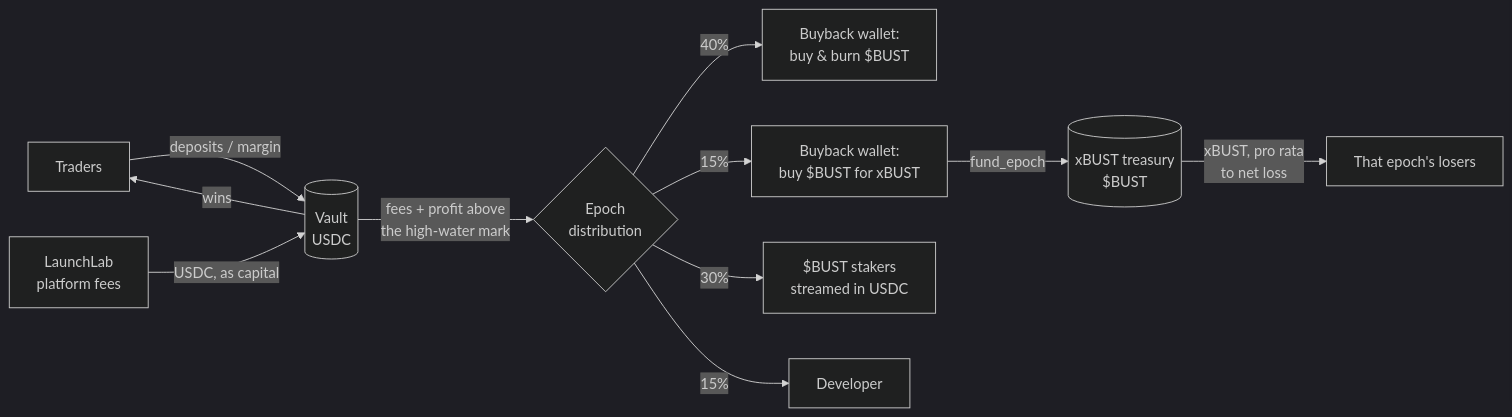
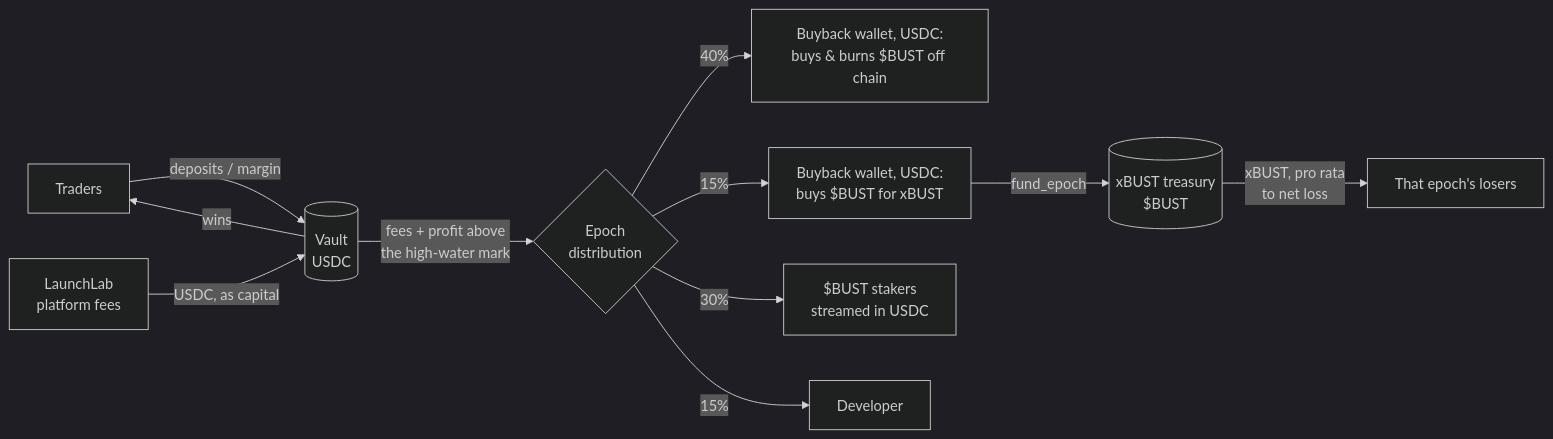
The first of 2 diagrams in README.md (get-bust/bust-program), drawn with Mermaid (dark theme) before and after one commit. The commit also changed other lines of this file, not shown here.

First line of the commit message:
Say plainly in the README what the upgrade authority and the burn are

````diff
--- a/README.md
+++ b/README.md
@@ -36,13 +36,13 @@
 ```mermaid
 flowchart LR
     T[Traders] -- deposits / margin --> V[(Vault<br/>USDC)]
     V -- wins --> T
     LL[LaunchLab<br/>platform fees] -- USDC, as capital --> V
     V -- "fees + profit above<br/>the high-water mark" --> D{Epoch<br/>distribution}
-    D -- 40% --> B[Buyback wallet:<br/>buy & burn $BUST]
-    D -- 15% --> X[Buyback wallet:<br/>buy $BUST for xBUST]
+    D -- 40% --> B[Buyback wallet, USDC:<br/>buys & burns $BUST off chain]
+    D -- 15% --> X[Buyback wallet, USDC:<br/>buys $BUST for xBUST]
     D -- 30% --> S[$BUST stakers<br/>streamed in USDC]
     D -- 15% --> DEV[Developer]
     X -- fund_epoch --> TR[(xBUST treasury<br/>$BUST)]
     TR -- "xBUST, pro rata<br/>to net loss" --> L[That epoch's losers]
 ```
````
